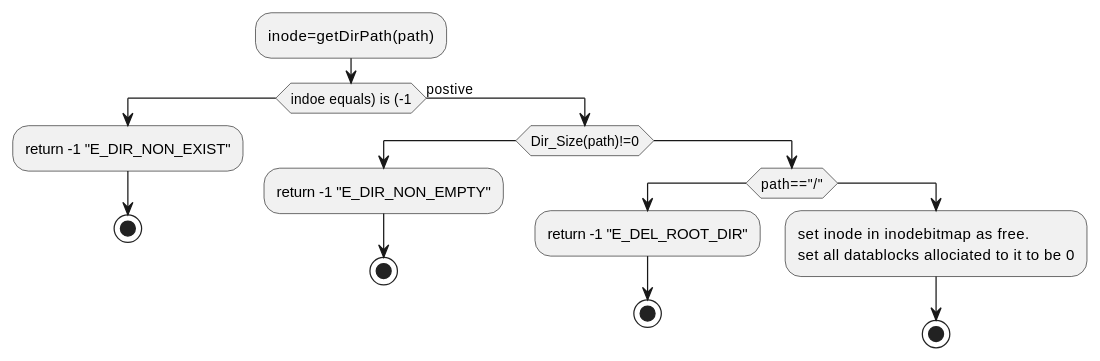
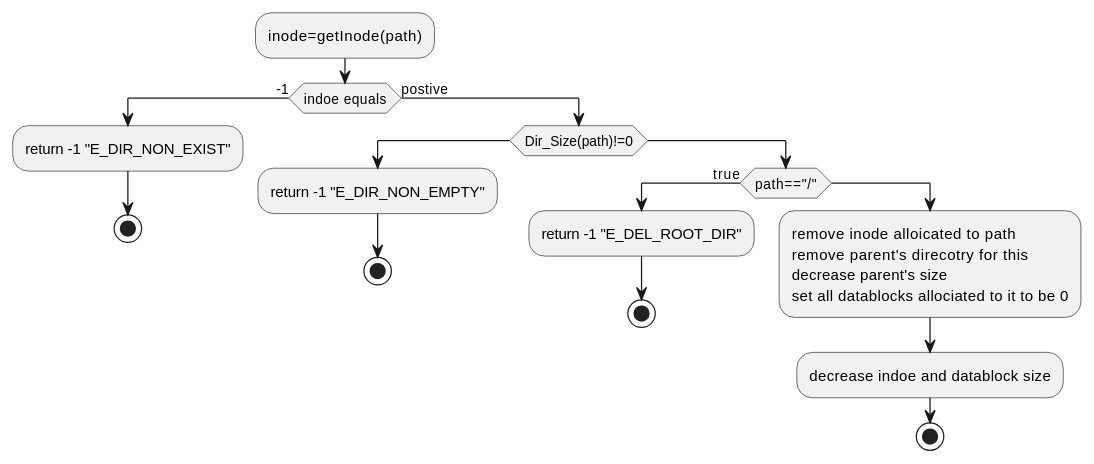
Before and after one commit to HawaiinPizza/CIS-450-final-project: diagram 15 of 21 in Plan.org, drawn with PlantUML. The commit also changed other lines of this file and 26 other files, not shown here.

```diff
--- a/Plan.org
+++ b/Plan.org
@@ -696,24 +634,27 @@
       #+BEGIN_SRC plantuml  :file Plant/DirUnlink.png
       @startuml
-		 :inode=getDirPath(path);
-		 if(indoe equals) is (-1)
+		 :inode=getInode(path);
+		 if(indoe equals) then (-1)
 			 :return -1 "E_DIR_NON_EXIST";
 			 stop
 		 else (postive)
 			if(Dir_Size(path)!=0)
 			    :return -1 "E_DIR_NON_EMPTY";
 			    stop
 			else
-				if(path=="/")
+				if(path=="/") then (true)
 				    :return -1 "E_DEL_ROOT_DIR";
 				    stop
 				else
-					:set inode in inodebitmap as free.
+					:remove inode alloicated to path
+					remove parent's direcotry for this
+					decrease parent's size
 					set all datablocks allociated to it to be 0;
+					:decrease indoe and datablock size;
 					stop
 					
 				endif
 			endif
 		 endif
 		 @enduml
       #+END_SRC
```
